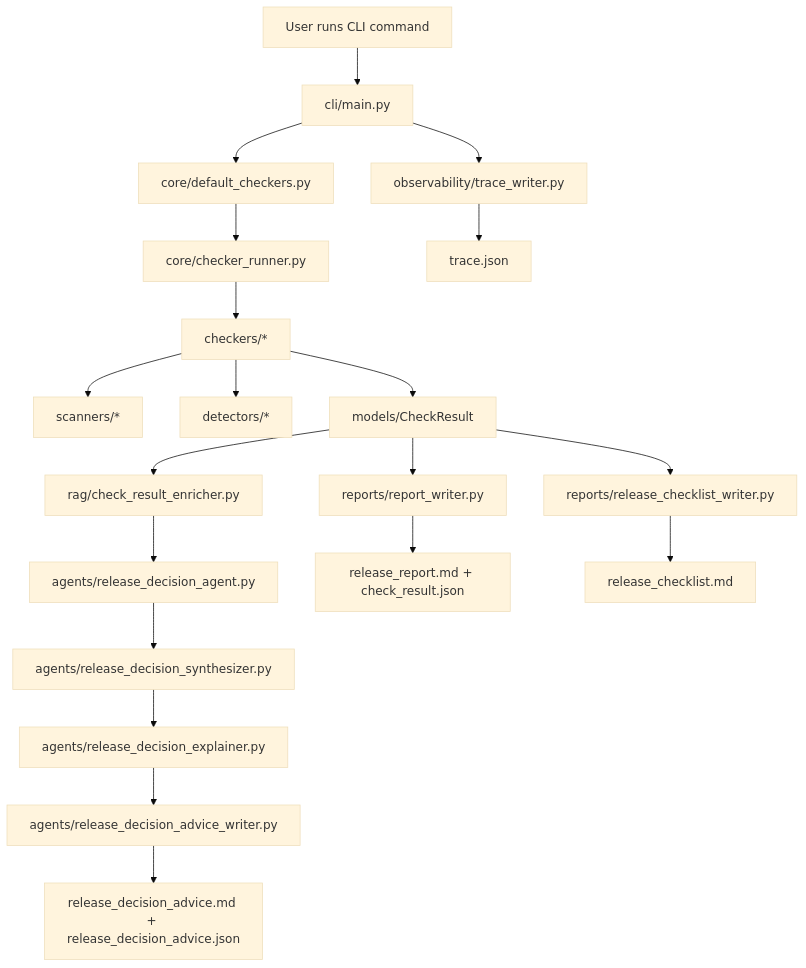
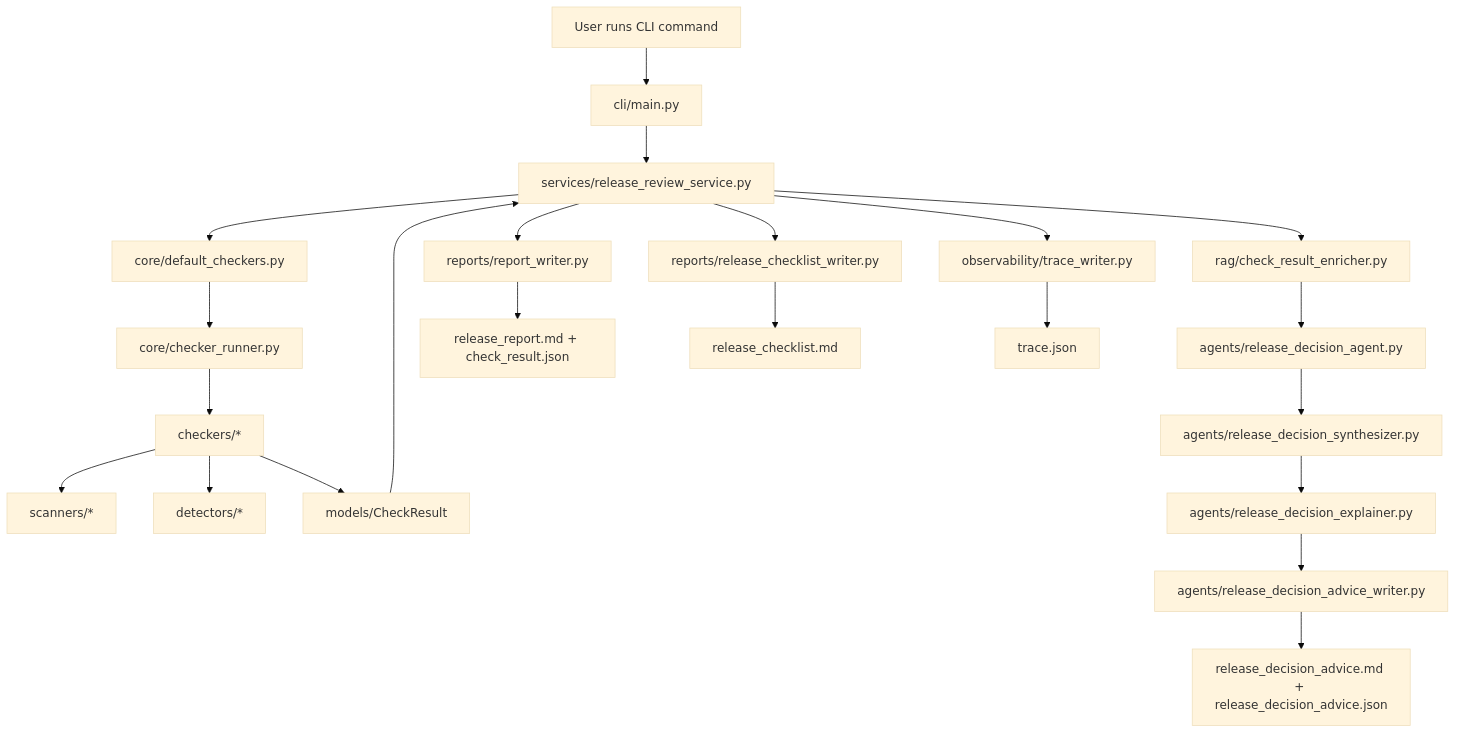
Before and after one commit to shenyuoo7/releaseguard-agent: the diagram in docs/architecture/current-architecture.md, drawn with Mermaid (base theme). The commit also changed other lines of this file and 13 other files, not shown here.

Commit message:
refactor: unify release review service

````diff
--- a/docs/architecture/current-architecture.md
+++ b/docs/architecture/current-architecture.md
@@ -43,29 +43,31 @@
 ```mermaid
 flowchart TD
     User["User runs CLI command"] --> CLI["cli/main.py"]
 
-    CLI --> RunnerFactory["core/default_checkers.py"]
+    CLI --> Service["services/release_review_service.py"]
+    Service --> RunnerFactory["core/default_checkers.py"]
     RunnerFactory --> Runner["core/checker_runner.py"]
 
     Runner --> Checkers["checkers/*"]
     Checkers --> Scanners["scanners/*"]
     Checkers --> Detectors["detectors/*"]
 
     Checkers --> Results["models/CheckResult"]
 
-    Results --> ReportWriter["reports/report_writer.py"]
-    Results --> ChecklistWriter["reports/release_checklist_writer.py"]
-    Results --> RAG["rag/check_result_enricher.py"]
+    Results --> Service
+    Service --> ReportWriter["reports/report_writer.py"]
+    Service --> ChecklistWriter["reports/release_checklist_writer.py"]
+    Service --> RAG["rag/check_result_enricher.py"]
 
     RAG --> Agent["agents/release_decision_agent.py"]
     Agent --> Synthesizer["agents/release_decision_synthesizer.py"]
     Synthesizer --> Explainer["agents/release_decision_explainer.py"]
     Explainer --> AdviceWriter["agents/release_decision_advice_writer.py"]
 
-    CLI --> TraceWriter["observability/trace_writer.py"]
+    Service --> TraceWriter["observability/trace_writer.py"]
 
     ReportWriter --> ReportArtifacts["release_report.md + check_result.json"]
     ChecklistWriter --> ChecklistArtifact["release_checklist.md"]
     AdviceWriter --> AdviceArtifacts["release_decision_advice.md + release_decision_advice.json"]
     TraceWriter --> TraceArtifact["trace.json"]
 ```
````
